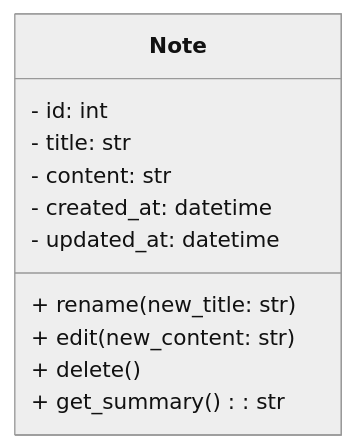
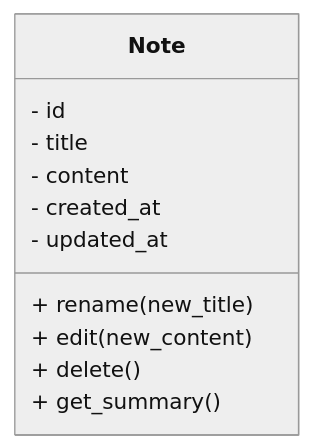
One commit to polyurichard/lectures changed the diagram in OOD2026/note-taking.md. Above: the diagram before and after it, drawn with Mermaid (neutral theme).

Commit message:
refactor: simplify UML class diagram for Note class

````diff
--- a/OOD2026/note-taking.md
+++ b/OOD2026/note-taking.md
@@ -3,14 +3,14 @@
 ```mermaid
 classDiagram
     class Note {
-        - id: int
-        - title: str
-        - content: str
-        - created_at: datetime
-        - updated_at: datetime
-        + rename(new_title: str)
-        + edit(new_content: str)
-        + delete()
-        + get_summary(): str
+    - id
+    - title
+    - content
+    - created_at
+    - updated_at
+    + rename(new_title)
+    + edit(new_content)
+    + delete()
+    + get_summary()
     }
 ```
````
